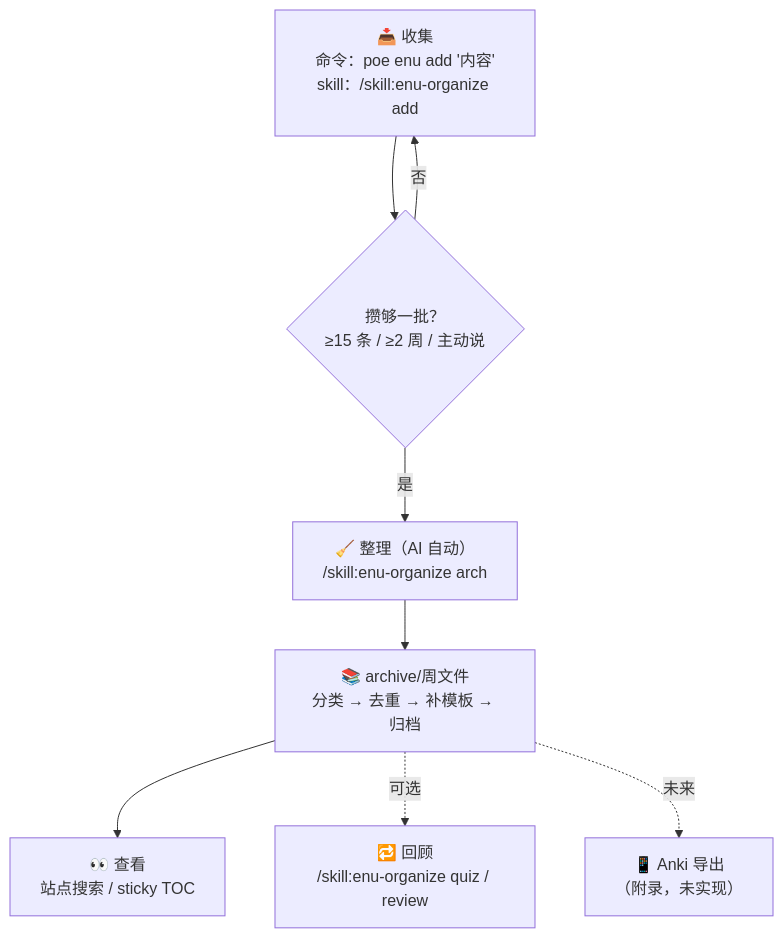
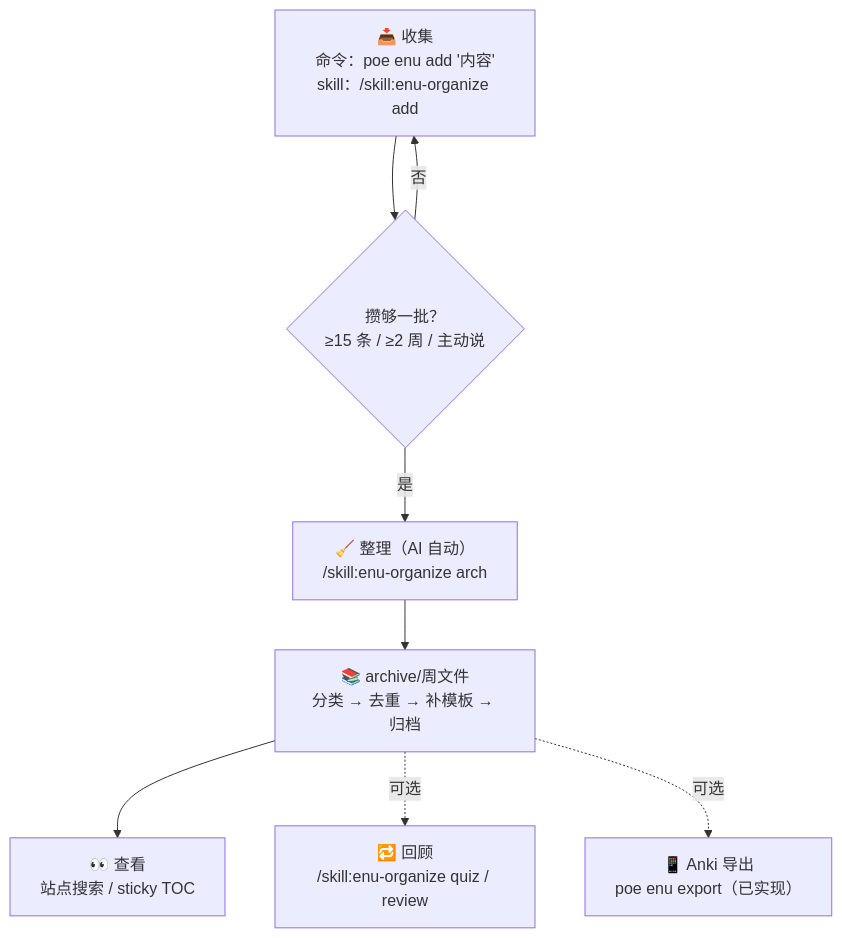
The diagram in internal/plans/english-scraps.md (xiongjia/xiongjia.github.com), drawn with Mermaid before and after one commit. The commit also changed other lines of this file and 8 other files, not shown here.

First line of the commit message:
feat(english): add Anki export for English scraps cards (#105)

````diff
--- a/internal/plans/english-scraps.md
+++ b/internal/plans/english-scraps.md
@@ -83,10 +83,10 @@
 ```mermaid
 flowchart TD
     A["📥 收集<br/>命令：poe enu add '内容'<br/>skill：/skill:enu-organize add"] --> B{"攒够一批？<br/>≥15 条 / ≥2 周 / 主动说"}
     B -- 否 --> A
     B -- 是 --> C["🧹 整理（AI 自动）<br/>/skill:enu-organize arch"]
     C --> D["📚 archive/周文件<br/>分类 → 去重 → 补模板 → 归档"]
     D --> E["👀 查看<br/>站点搜索 / sticky TOC"]
     D -. 可选 .-> F["🔁 回顾<br/>/skill:enu-organize quiz / review"]
-    D -. 未来 .-> G["📱 Anki 导出<br/>（附录，未实现）"]
+    D -. 可选 .-> G["📱 Anki 导出<br/>poe enu export（已实现）"]
 ```
````
